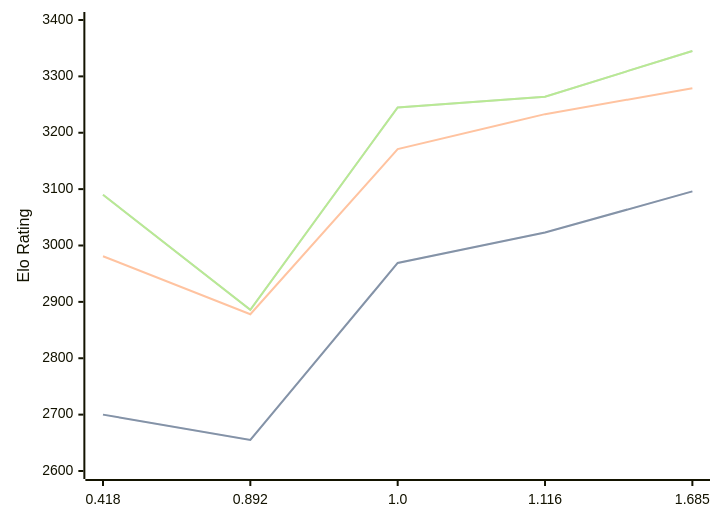
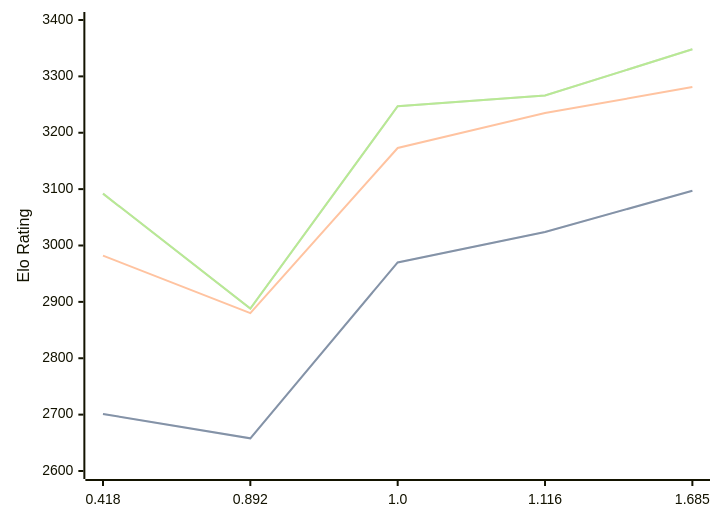
Before and after one commit to computer-chess-index/cci: the diagram in engines/Malika.md, drawn with Mermaid. The commit also changed other lines of this file, not shown here.

Commit message:
Update CCI Ratings (ELO VLTC) - 2026-08-09

````diff
--- a/engines/Malika.md
+++ b/engines/Malika.md
@@ -35,11 +35,11 @@
 ```mermaid
 %%{init: {"theme":"base","themeVariables":{"seriesColors:['#a3a3a3','#222221','#faa371']}}}%%
 xychart-beta
   x-axis ["0.418", "0.892", "1.0", "1.116", "1.685"]
   y-axis "Elo Rating" 2600 --> 3400
-  line "STC (8.0+0.08s)" [2700, 2655, 2969, 3023, 3096]
-  line "STC (8.0+0.08s)" [2700, 2655, 2969, 3023, 3096]
-  line "LTC (60.0+0.60s)" [2981, 2878, 3171, 3233, 3279]
-  line "VLTC (2m24s+1.12s)" [3090, 2886, 3245, 3264, 3345]
-  line "VLTC (2m24s+1.12s)" [3090, 2886, 3245, 3264, 3345]
+  line "STC (8.0+0.08s)" [2701, 2658, 2970, 3024, 3097]
+  line "STC (8.0+0.08s)" [2701, 2658, 2970, 3024, 3097]
+  line "LTC (60.0+0.60s)" [2982, 2880, 3173, 3235, 3281]
+  line "VLTC (2m24s+1.12s)" [3092, 2888, 3247, 3266, 3348]
+  line "VLTC (2m24s+1.12s)" [3092, 2888, 3247, 3266, 3348]
 ```
````
